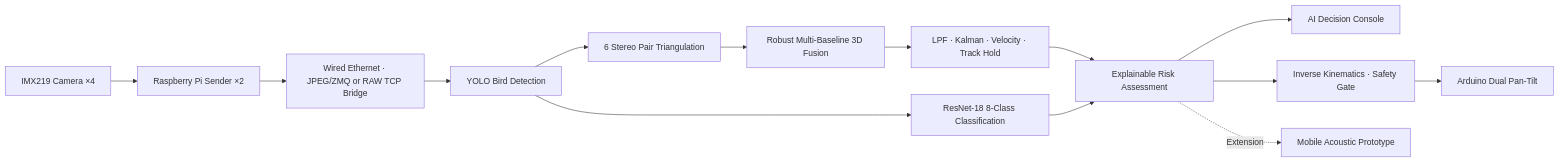
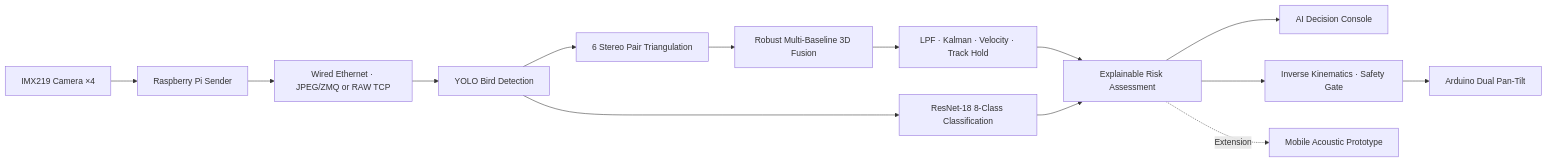
Before and after one commit to Kimjw2024/2026ESWContest_free_AEGIS: the first of 2 diagrams in README.md, drawn with Mermaid. The commit also changed other lines of this file, not shown here.

Commit message:
docs: expand operation flow, environment, and file architecture

````diff
--- a/README.md
+++ b/README.md
@@ -47,16 +59,16 @@
 ```mermaid
 flowchart LR
-    A[IMX219 Camera ×4] --> B[Raspberry Pi Sender ×2]
-    B --> C[Wired Ethernet · JPEG/ZMQ or RAW TCP Bridge]
+    A[IMX219 Camera ×4] --> B[Raspberry Pi Sender]
+    B --> C[Wired Ethernet · JPEG/ZMQ or RAW TCP]
     C --> D[YOLO Bird Detection]
     D --> E[6 Stereo Pair Triangulation]
     E --> F[Robust Multi-Baseline 3D Fusion]
     F --> G[LPF · Kalman · Velocity · Track Hold]
     D --> H[ResNet-18 8-Class Classification]
     G --> I[Explainable Risk Assessment]
     H --> I
     I --> J[AI Decision Console]
     I --> K[Inverse Kinematics · Safety Gate]
     K --> L[Arduino Dual Pan-Tilt]
     I -. Extension .-> M[Mobile Acoustic Prototype]
 ```
````
